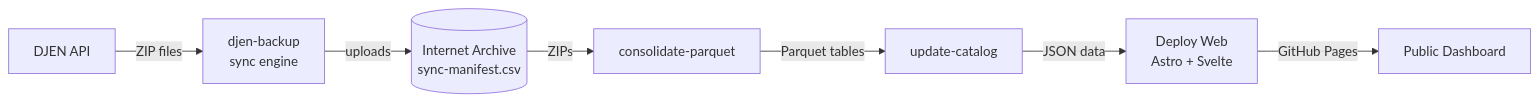
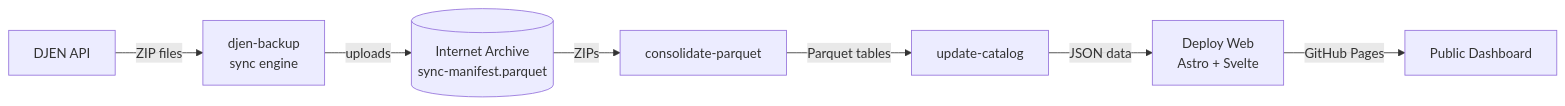
Before and after one commit to franklinbaldo/causaganha: the diagram in README.md, drawn with Mermaid. The commit also changed other lines of this file and 3 other files, not shown here.

````diff
--- a/README.md
+++ b/README.md
@@ -28,9 +28,9 @@
 ```mermaid
 flowchart LR
     DJEN[DJEN API] -->|ZIP files| djenbackup["djen-backup\nsync engine"]
-    djenbackup -->|uploads| IA[("Internet Archive\nsync-manifest.csv")]
+    djenbackup -->|uploads| IA[("Internet Archive\nsync-manifest.parquet")]
     IA -->|ZIPs| consolidate[consolidate-parquet]
     consolidate -->|Parquet tables| catalog[update-catalog]
     catalog -->|JSON data| web["Deploy Web\nAstro + Svelte"]
     web -->|GitHub Pages| dashboard[Public Dashboard]
 ```
````
